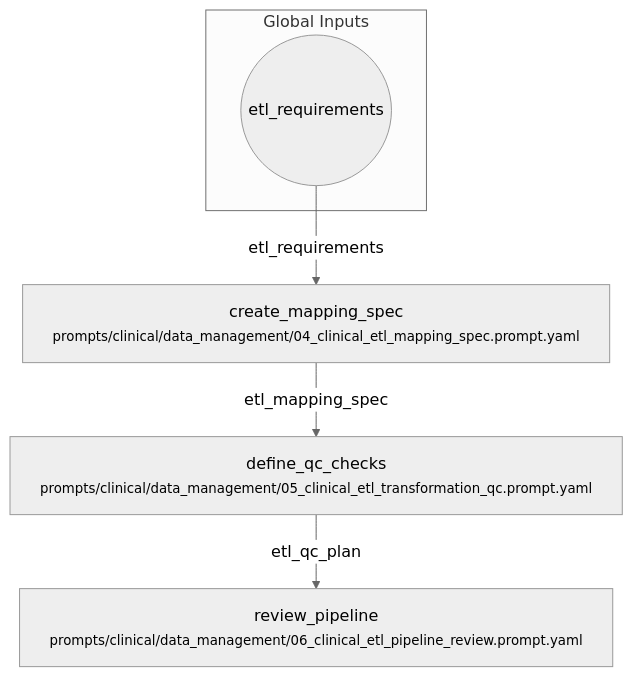
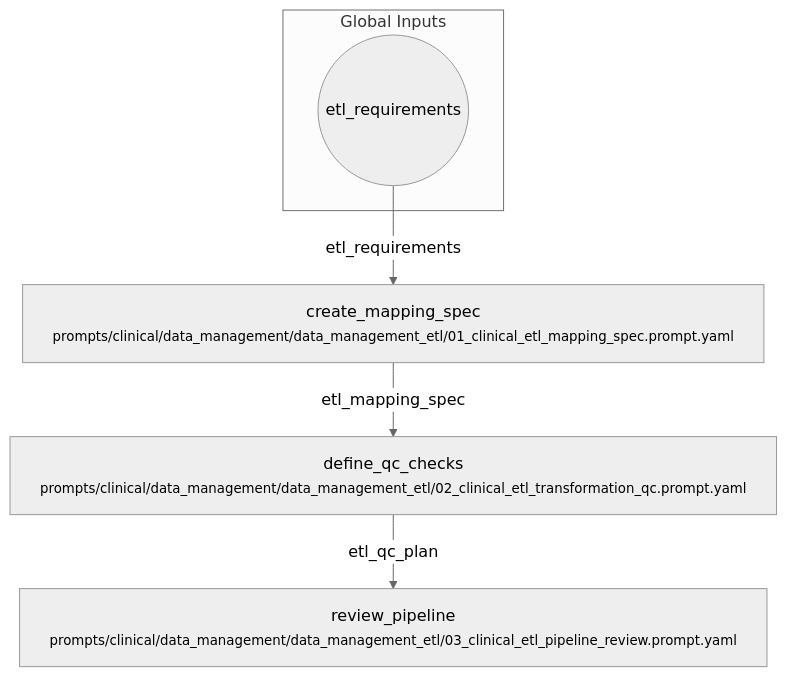
The diagram in workflows/clinical/data_management_etl.workflow.md (fderuiter/proompts), drawn with Mermaid (neutral theme) before and after one commit. The commit also changed 31 other files, not shown here.

````diff
--- a/workflows/clinical/data_management_etl.workflow.md
+++ b/workflows/clinical/data_management_etl.workflow.md
@@ -7,12 +7,12 @@
 ```mermaid
 flowchart TD
     subgraph Inputs [Global Inputs]
         inp_etl_requirements((etl_requirements))
     end
-    create_mapping_spec["create_mapping_spec<br/><small>prompts/clinical/data_management/04_clinical_etl_mapping_spec.prompt.yaml</small>"]
-    define_qc_checks["define_qc_checks<br/><small>prompts/clinical/data_management/05_clinical_etl_transformation_qc.prompt.yaml</small>"]
-    review_pipeline["review_pipeline<br/><small>prompts/clinical/data_management/06_clinical_etl_pipeline_review.prompt.yaml</small>"]
+    create_mapping_spec["create_mapping_spec<br/><small>prompts/clinical/data_management/data_management_etl/01_clinical_etl_mapping_spec.prompt.yaml</small>"]
+    define_qc_checks["define_qc_checks<br/><small>prompts/clinical/data_management/data_management_etl/02_clinical_etl_transformation_qc.prompt.yaml</small>"]
+    review_pipeline["review_pipeline<br/><small>prompts/clinical/data_management/data_management_etl/03_clinical_etl_pipeline_review.prompt.yaml</small>"]
     inp_etl_requirements -->|etl_requirements| create_mapping_spec
     create_mapping_spec -->|etl_mapping_spec| define_qc_checks
     define_qc_checks -->|etl_qc_plan| review_pipeline
 ```
````
